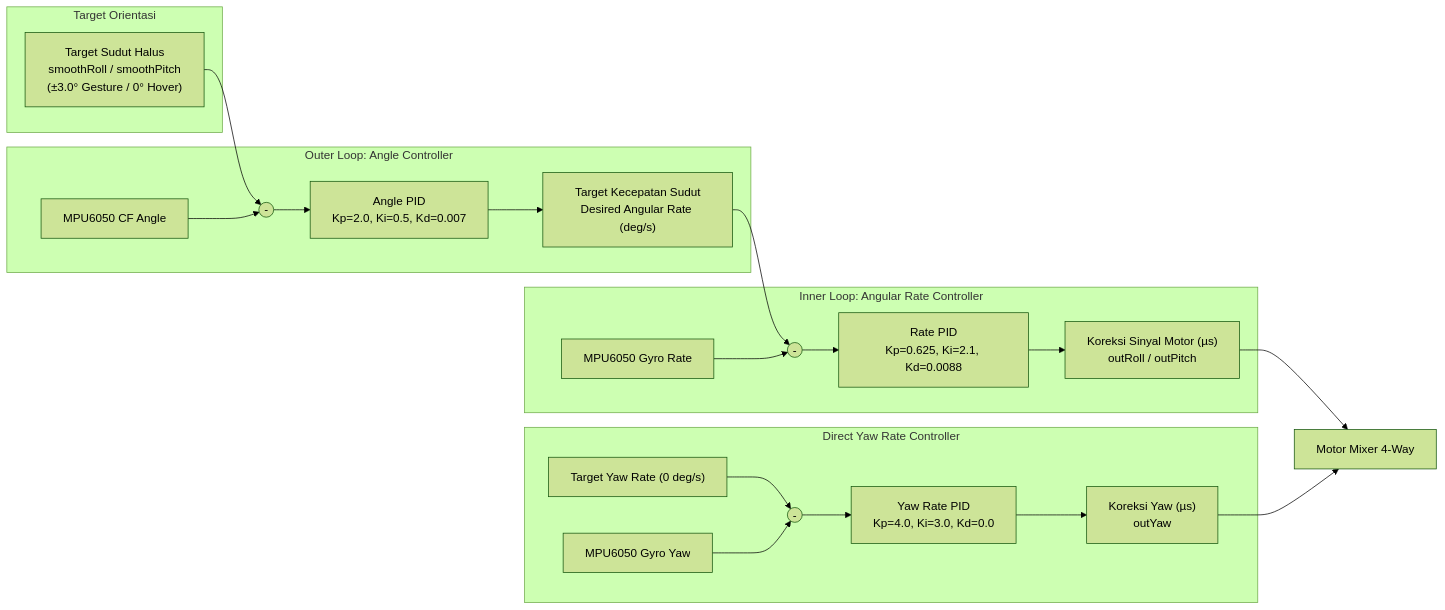
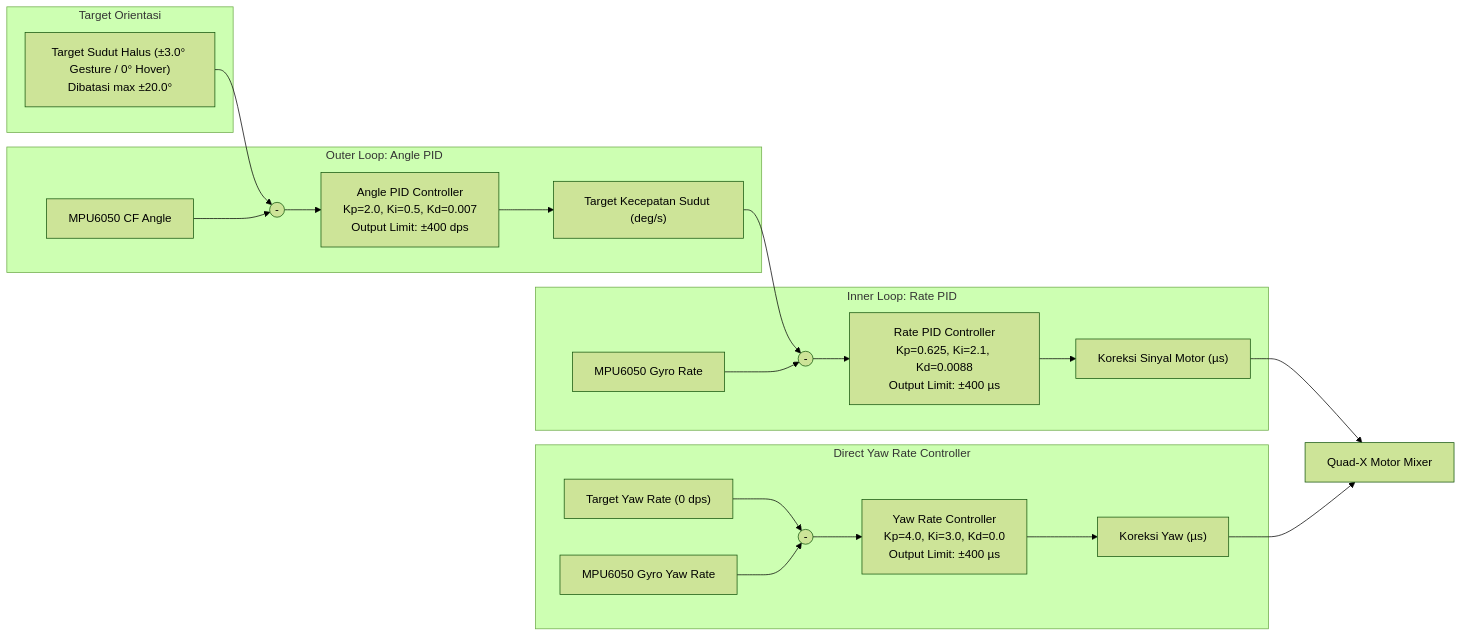
Before and after one commit to qiuFrrl/QuadcopterF450: the fourth of 5 diagrams in arsitektur.md, drawn with Mermaid (forest theme). The commit also changed other lines of this file and 11 other files, not shown here.

````diff
--- a/arsitektur.md
+++ b/arsitektur.md
@@ -403,30 +343,30 @@
 ```mermaid
 graph LR
     subgraph TargetInput [Target Orientasi]
-        TargetAngle["Target Sudut Halus<br/>smoothRoll / smoothPitch<br/>(±3.0° Gesture / 0° Hover)"]
+        TargetAngle["Target Sudut Halus (±3.0° Gesture / 0° Hover)<br/>Dibatasi max ±20.0°"]
     end
 
-    subgraph OuterLoop [Outer Loop: Angle Controller]
+    subgraph OuterLoop [Outer Loop: Angle PID]
         TargetAngle --> ErrAng(( - ))
         MeasAngle[MPU6050 CF Angle] --> ErrAng
-        ErrAng --> PID_Angle["Angle PID<br/>Kp=2.0, Ki=0.5, Kd=0.007"]
-        PID_Angle --> DesiredRate["Target Kecepatan Sudut<br/>Desired Angular Rate (deg/s)"]
+        ErrAng --> PID_Angle["Angle PID Controller<br/>Kp=2.0, Ki=0.5, Kd=0.007<br/>Output Limit: ±400 dps"]
+        PID_Angle --> DesiredRate["Target Kecepatan Sudut (deg/s)"]
     end
 
-    subgraph InnerLoop [Inner Loop: Angular Rate Controller]
+    subgraph InnerLoop [Inner Loop: Rate PID]
         DesiredRate --> ErrRate(( - ))
         MeasRate[MPU6050 Gyro Rate] --> ErrRate
-        ErrRate --> PID_Rate["Rate PID<br/>Kp=0.625, Ki=2.1, Kd=0.0088"]
-        PID_Rate --> Correction["Koreksi Sinyal Motor (µs)<br/>outRoll / outPitch"]
+        ErrRate --> PID_Rate["Rate PID Controller<br/>Kp=0.625, Ki=2.1, Kd=0.0088<br/>Output Limit: ±400 µs"]
+        PID_Rate --> CorrMotor["Koreksi Sinyal Motor (µs)"]
     end
 
     subgraph DirectYaw [Direct Yaw Rate Controller]
-        TargetYaw["Target Yaw Rate (0 deg/s)"] --> ErrYaw(( - ))
-        MeasYaw[MPU6050 Gyro Yaw] --> ErrYaw
-        ErrYaw --> PID_Yaw["Yaw Rate PID<br/>Kp=4.0, Ki=3.0, Kd=0.0"]
-        PID_Yaw --> OutYaw["Koreksi Yaw (µs)<br/>outYaw"]
+        TargetYaw["Target Yaw Rate (0 dps)"] --> ErrYaw(( - ))
+        MeasYaw[MPU6050 Gyro Yaw Rate] --> ErrYaw
+        ErrYaw --> PID_Yaw["Yaw Rate Controller<br/>Kp=4.0, Ki=3.0, Kd=0.0<br/>Output Limit: ±400 µs"]
+        PID_Yaw --> CorrYaw["Koreksi Yaw (µs)"]
     end
 
-    Correction --> Mixer["Motor Mixer 4-Way"]
-    OutYaw --> Mixer
+    CorrMotor --> Mixer["Quad-X Motor Mixer"]
+    CorrYaw --> Mixer
 ```
````
